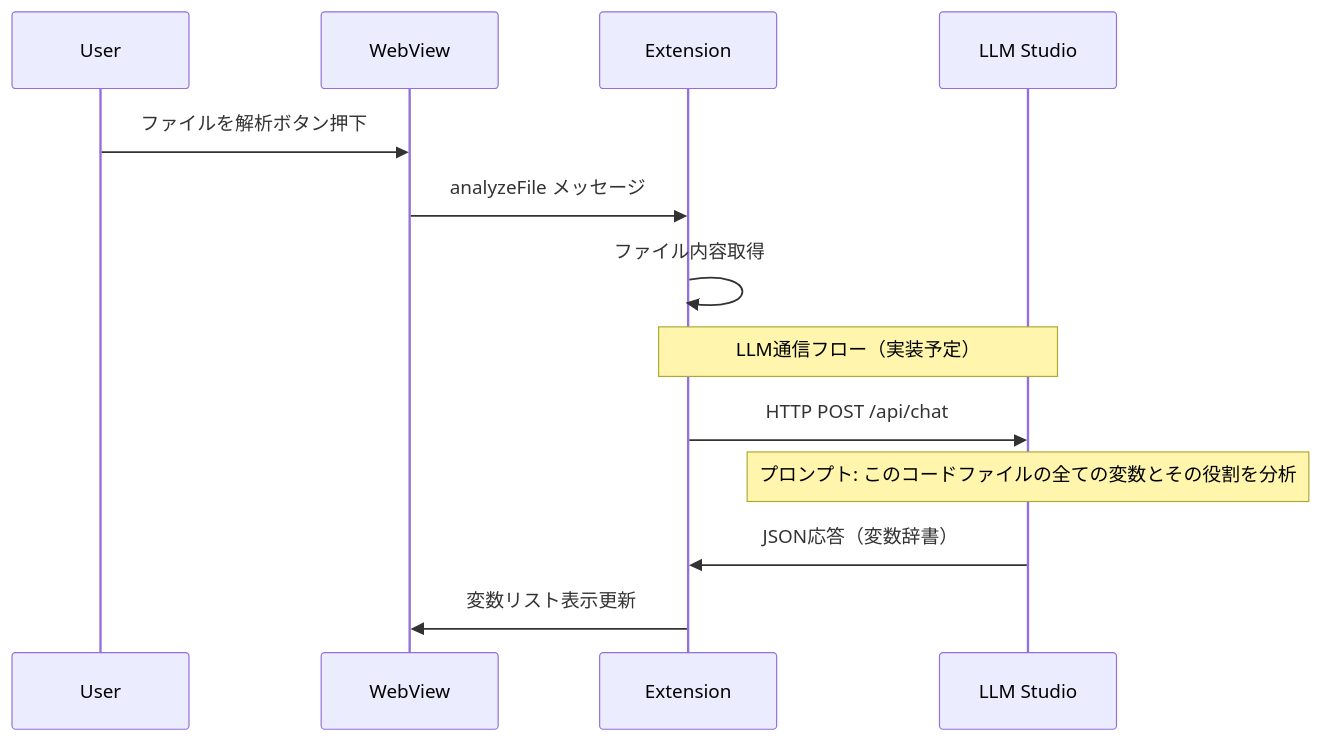
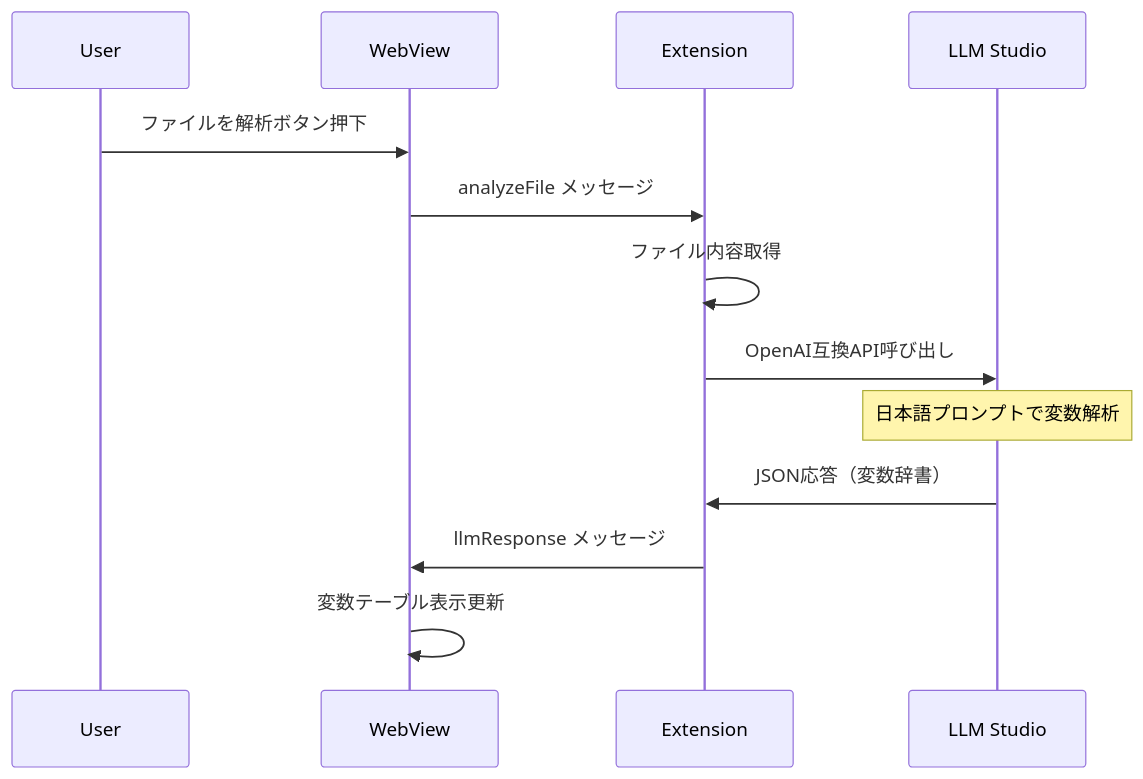
The fourth of 9 diagrams in docs/PROGRESS_REPORT.md (ak-nagae/sideVar), drawn with Mermaid before and after one commit. The commit also changed other lines of this file and 1 other file, not shown here.

````diff
--- a/docs/PROGRESS_REPORT.md
+++ b/docs/PROGRESS_REPORT.md
@@ -94,17 +90,16 @@
 ```mermaid
 sequenceDiagram
     participant U as User
     participant W as WebView
     participant E as Extension
     participant L as LLM Studio
 
     U->>W: ファイルを解析ボタン押下
     W->>E: analyzeFile メッセージ
     E->>E: ファイル内容取得
-    
-    Note over E,L: LLM通信フロー（実装予定）
-    E->>L: HTTP POST /api/chat
-    Note over L: プロンプト: このコードファイルの全ての変数とその役割を分析
+    E->>L: OpenAI互換API呼び出し
+    Note over L: 日本語プロンプトで変数解析
     L->>E: JSON応答（変数辞書）
-    E->>W: 変数リスト表示更新
+    E->>W: llmResponse メッセージ
+    W->>W: 変数テーブル表示更新
 ```
````
